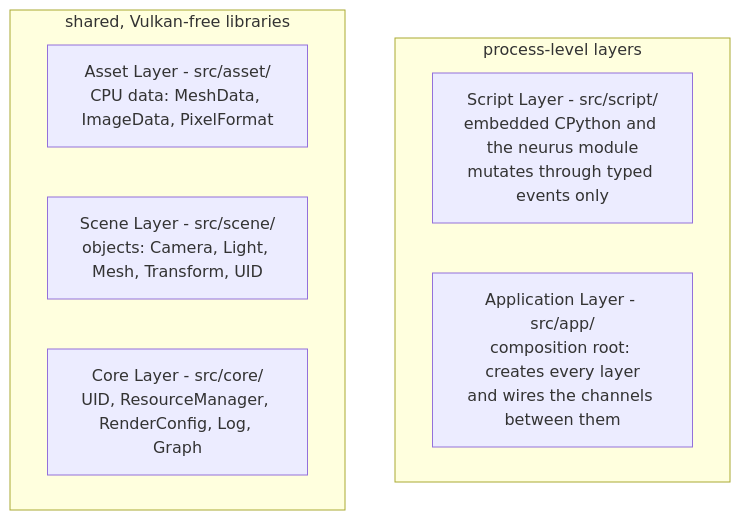
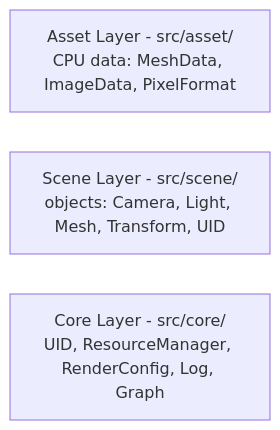
Before and after one commit to XDzZyq/Neurus: the third of 5 diagrams in docs/architecture/overview.md, drawn with Mermaid. The commit also changed other lines of this file and 2 other files, not shown here.

First line of the commit message:
docs(diagrams): scale wide diagrams and stack the layer cards

````diff
--- a/docs/architecture/overview.md
+++ b/docs/architecture/overview.md
@@ -35,14 +46,9 @@
 ```mermaid
+%%{init: {"flowchart": {"rankSpacing": 40}}}%%
 flowchart TB
-    subgraph standalone["process-level layers"]
-        direction LR
-        script["Script Layer - src/script/<br/>embedded CPython and the neurus module<br/>mutates through typed events only"]
-        application["Application Layer - src/app/<br/>composition root: creates every layer<br/>and wires the channels between them"]
-    end
-    subgraph shared["shared, Vulkan-free libraries"]
-        direction LR
         asset["Asset Layer - src/asset/<br/>CPU data: MeshData, ImageData, PixelFormat"]
         scene["Scene Layer - src/scene/<br/>objects: Camera, Light, Mesh, Transform, UID"]
         core["Core Layer - src/core/<br/>UID, ResourceManager, RenderConfig, Log, Graph"]
-    end
+
+        asset ~~~ scene ~~~ core
 ```
````
